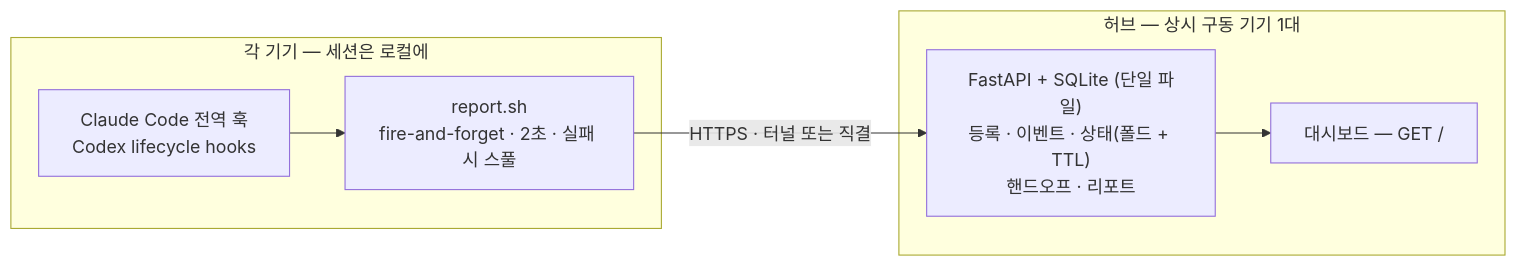
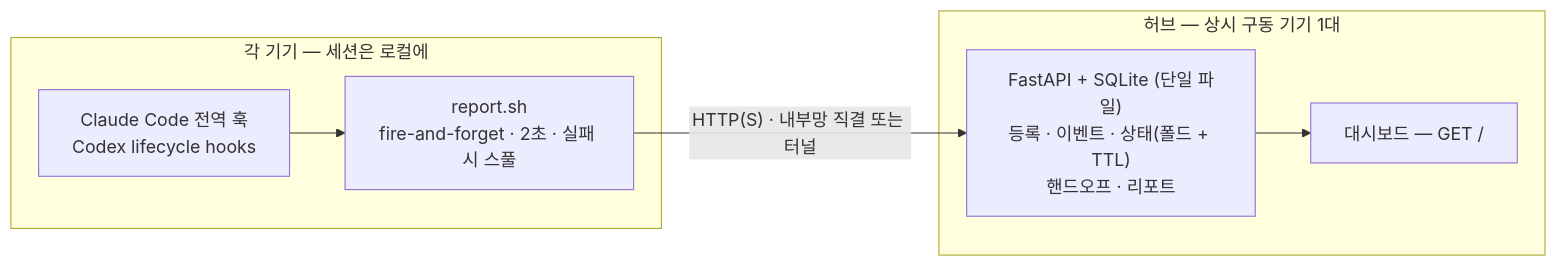
The diagram in README.ko.md (hierrr/madison), drawn with Mermaid before and after one commit. The commit also changed other lines of this file and 4 other files, not shown here.

````diff
--- a/README.ko.md
+++ b/README.ko.md
@@ -92,14 +92,14 @@
 ```mermaid
 flowchart LR
     subgraph dev["각 기기 — 세션은 로컬에"]
         hooks["Claude Code 전역 훅<br/>Codex lifecycle hooks"]
         rep["report.sh<br/>fire-and-forget · 2초 · 실패 시 스풀"]
         hooks --> rep
     end
-    rep -->|"HTTPS · 터널 또는 직결"| api
+    rep -->|"HTTP(S) · 내부망 직결 또는 터널"| api
     subgraph hub["허브 — 상시 구동 기기 1대"]
         api["FastAPI + SQLite (단일 파일)<br/>등록 · 이벤트 · 상태(폴드 + TTL)<br/>핸드오프 · 리포트"]
         dash["대시보드 — GET /"]
         api --> dash
     end
 ```
````
